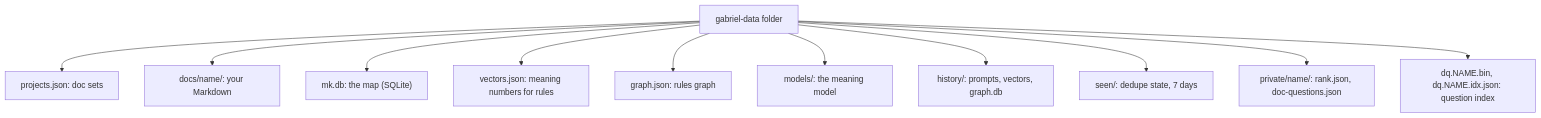
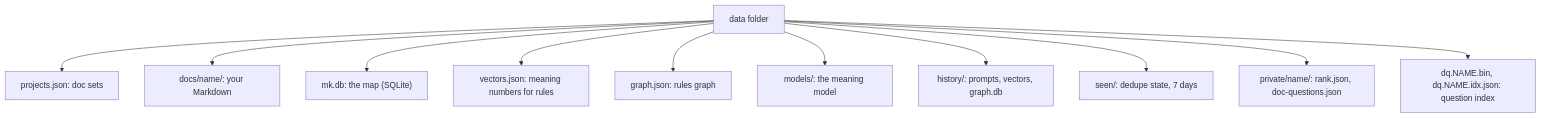
One commit to ThanhNVan/gabriel-plugin changed the third of 3 diagrams in docs/ARCHITECTURE.md. Above: the diagram before and after it, drawn with Mermaid. The commit also changed other lines of this file and 64 other files, not shown here.

Commit message:
added graphify and docs

````diff
--- a/docs/ARCHITECTURE.md
+++ b/docs/ARCHITECTURE.md
@@ -176,13 +185,13 @@
 ```mermaid
 flowchart TD
-  DATA["gabriel-data folder"] --> PJ["projects.json: doc sets"]
+  DATA["data folder"] --> PJ["projects.json: doc sets"]
   DATA --> DOCS["docs/name/: your Markdown"]
   DATA --> MK["mk.db: the map (SQLite)"]
   DATA --> VEC["vectors.json: meaning numbers for rules"]
   DATA --> GR["graph.json: rules graph"]
   DATA --> MOD["models/: the meaning model"]
   DATA --> HIS["history/: prompts, vectors, graph.db"]
   DATA --> SEEN["seen/: dedupe state, 7 days"]
   DATA --> PRI["private/name/: rank.json, doc-questions.json"]
   DATA --> DQ["dq.NAME.bin, dq.NAME.idx.json: question index"]
 ```
````
